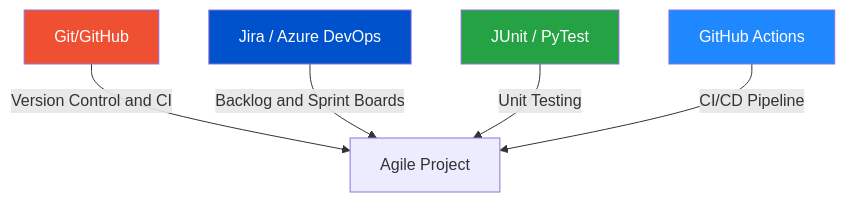
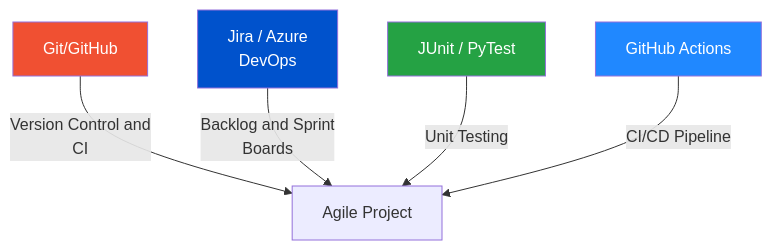
One commit to amitdevx/TY changed the second of 2 diagrams in 02-Semester-VI/CS-371-VSC-P-Agile-Processes/Overview.md. Above: the diagram before and after it, drawn with Mermaid. The commit also changed other lines of this file and 65 other files, not shown here.

Commit message:
fix:graph vertical

````diff
--- a/02-Semester-VI/CS-371-VSC-P-Agile-Processes/Overview.md
+++ b/02-Semester-VI/CS-371-VSC-P-Agile-Processes/Overview.md
@@ -98,11 +98,11 @@
 ```mermaid
 graph TD
-    T1[Git/GitHub] -->|Version Control and CI| P[Agile Project]
-    T2[Jira / Azure DevOps] -->|Backlog and Sprint Boards| P
+    T1[Git/GitHub] -->|Version Control and<br/>CI| P[Agile Project]
+    T2[Jira / Azure<br/>DevOps] -->|Backlog and Sprint<br/>Boards| P
     T3[JUnit / PyTest] -->|Unit Testing| P
     T4[GitHub Actions] -->|CI/CD Pipeline| P
     style T1 fill:#F05032,color:#fff
     style T2 fill:#0052CC,color:#fff
     style T3 fill:#25A244,color:#fff
     style T4 fill:#2088FF,color:#fff
 ```
````
